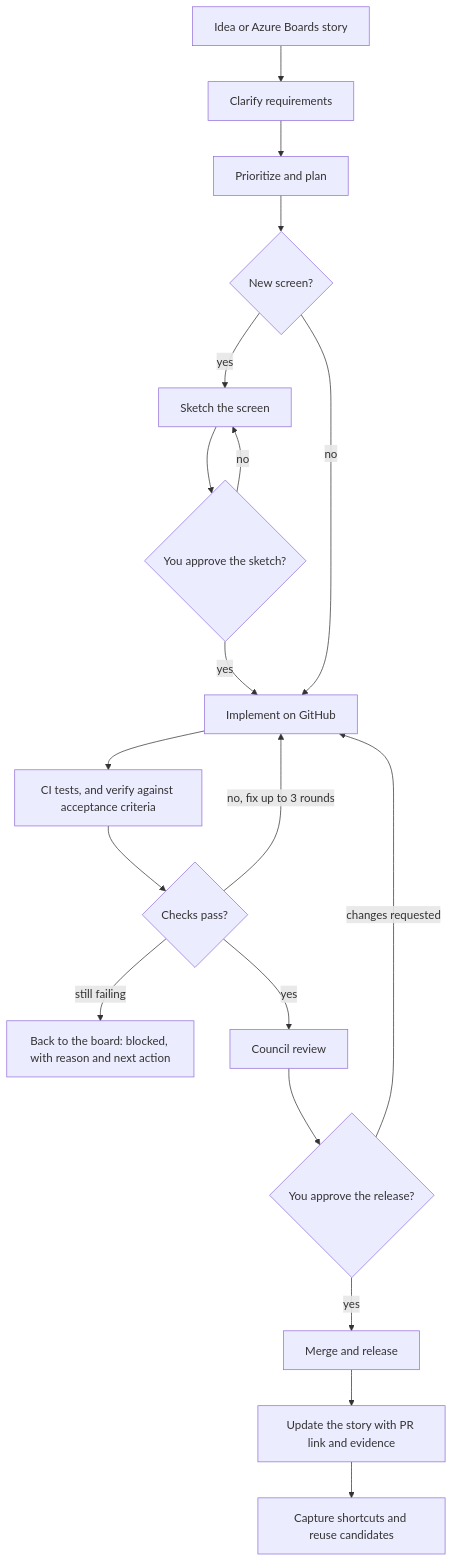
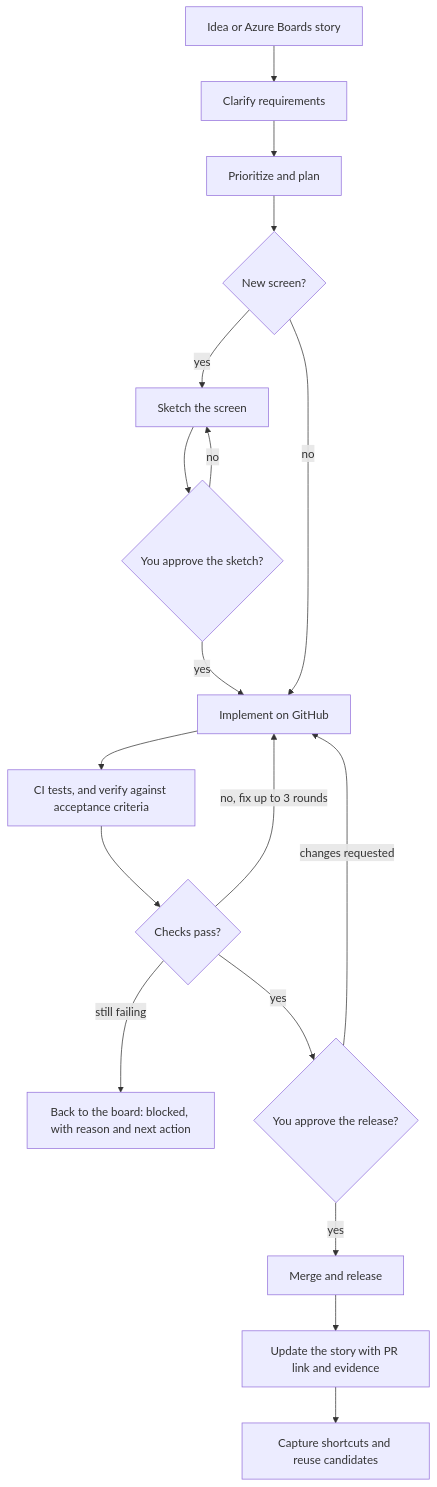
Before and after one commit to Roberto-Trimble/project_jarvis_headquarter: the third of 7 diagrams in docs/PROJECT_JARVIS.md, drawn with Mermaid. The commit also changed other lines of this file and 10 other files, not shown here.

Commit message:
Remove the Council: drop the council stage, rule patterns, and doc mentions; PM requests release approval, then merges

````diff
--- a/docs/PROJECT_JARVIS.md
+++ b/docs/PROJECT_JARVIS.md
@@ -110,21 +107,20 @@
 ```mermaid
 flowchart TD
     T["Idea or Azure Boards story"] --> CL["Clarify requirements"]
     CL --> PL["Prioritize and plan"]
     PL --> NS{"New screen?"}
     NS -->|"yes"| SK["Sketch the screen"]
     SK --> SA{"You approve the sketch?"}
     SA -->|"no"| SK
     SA -->|"yes"| IM["Implement on GitHub"]
     NS -->|"no"| IM
     IM --> TR["CI tests, and verify against acceptance criteria"]
     TR --> OK{"Checks pass?"}
     OK -->|"no, fix up to 3 rounds"| IM
     OK -->|"still failing"| BL["Back to the board: blocked, with reason and next action"]
-    OK -->|"yes"| CO["Council review"]
-    CO --> AP{"You approve the release?"}
+    OK -->|"yes"| AP{"You approve the release?"}
     AP -->|"changes requested"| IM
     AP -->|"yes"| RL["Merge and release"]
     RL --> JU["Update the story with PR link and evidence"]
     JU --> CS["Capture shortcuts and reuse candidates"]
 ```
````
